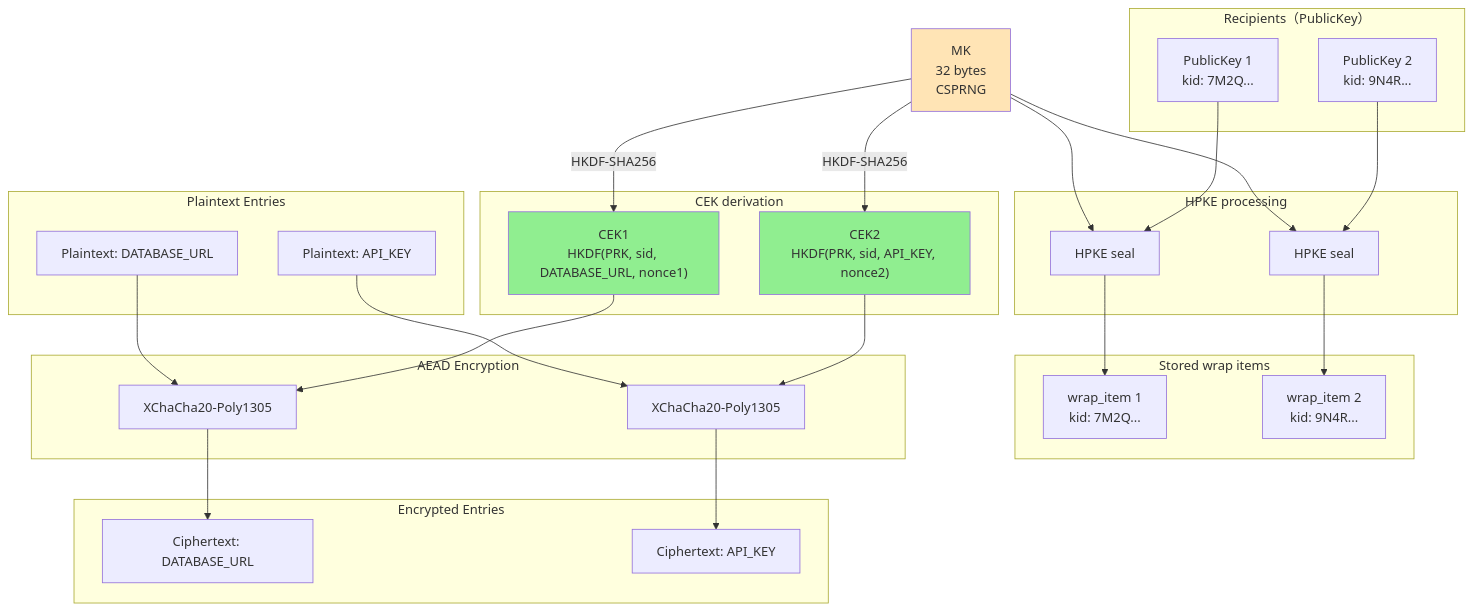
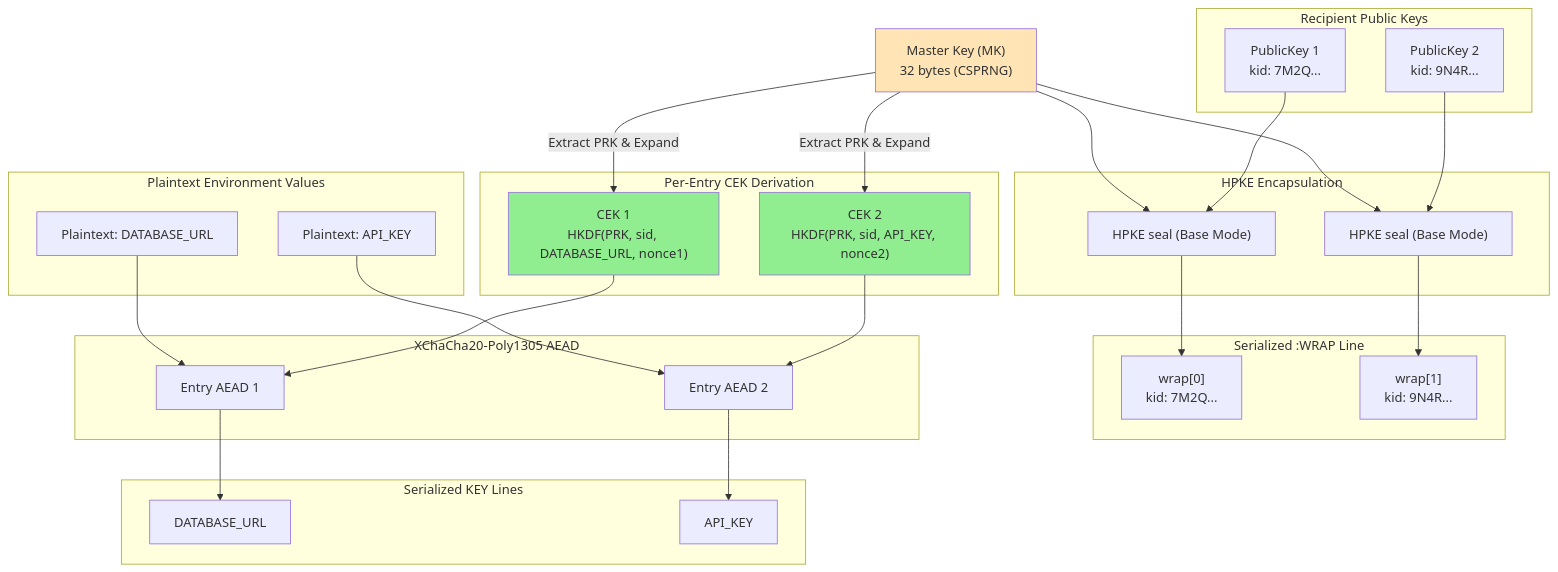
The fourth of 6 diagrams in guides/security_design_en.md (ebisawa/kapsaro), drawn with Mermaid before and after one commit. The commit also changed other lines of this file and 12 other files, not shown here.

````diff
--- a/guides/security_design_en.md
+++ b/guides/security_design_en.md
@@ -773,58 +968,58 @@
 ```mermaid
 graph TB
-    subgraph recipients["Recipients（PublicKey）"]
+    subgraph recipients["Recipient Public Keys"]
         PK1["PublicKey 1<br/>kid: 7M2Q..."]
         PK2["PublicKey 2<br/>kid: 9N4R..."]
     end
 
-    subgraph hpke["HPKE processing"]
-        HPKE1[HPKE seal]
-        HPKE2[HPKE seal]
+    subgraph hpke["HPKE Encapsulation"]
+        HPKE1["HPKE seal (Base Mode)"]
+        HPKE2["HPKE seal (Base Mode)"]
     end
 
-    subgraph wrap["Stored wrap items"]
-        W1["wrap_item 1<br/>kid: 7M2Q..."]
-        W2["wrap_item 2<br/>kid: 9N4R..."]
+    subgraph wrap["Serialized :WRAP Line"]
+        W1["wrap[0]<br/>kid: 7M2Q..."]
+        W2["wrap[1]<br/>kid: 9N4R..."]
     end
 
-    MK["MK<br/>32 bytes<br/>CSPRNG"]
+    MK["Master Key (MK)<br/>32 bytes (CSPRNG)"]
 
-    subgraph cek["CEK derivation"]
-        CEK1["CEK1<br/>HKDF(PRK, sid, DATABASE_URL, nonce1)"]
-        CEK2["CEK2<br/>HKDF(PRK, sid, API_KEY, nonce2)"]
+    subgraph cek["Per-Entry CEK Derivation"]
+        CEK1["CEK 1<br/>HKDF(PRK, sid, DATABASE_URL, nonce1)"]
+        CEK2["CEK 2<br/>HKDF(PRK, sid, API_KEY, nonce2)"]
     end
 
-    subgraph p_entries["Plaintext Entries"]
+    subgraph p_entries["Plaintext Environment Values"]
         PE1["Plaintext: DATABASE_URL"]
         PE2["Plaintext: API_KEY"]
     end
 
-    subgraph aead["AEAD Encryption"]
-        AEAD1["XChaCha20-Poly1305"]
-        AEAD2["XChaCha20-Poly1305"]
+    subgraph aead["XChaCha20-Poly1305 AEAD"]
+        AEAD1["Entry AEAD 1"]
+        AEAD2["Entry AEAD 2"]
     end
 
-    subgraph entries["Encrypted Entries"]
-        E1["Ciphertext: DATABASE_URL"]
-        E2["Ciphertext: API_KEY"]
+    subgraph entries["Serialized KEY Lines"]
+        E1["DATABASE_URL <token1>"]
+        E2["API_KEY <token2>"]
     end
 
     PK1 --> HPKE1
     MK --> HPKE1
     HPKE1 --> W1
     PK2 --> HPKE2
     MK --> HPKE2
     HPKE2 --> W2
-    MK -->|HKDF-SHA256| CEK1
-    MK -->|HKDF-SHA256| CEK2
+    MK -->|"Extract PRK & Expand"| CEK1
+    MK -->|"Extract PRK & Expand"| CEK2
     CEK1 --> AEAD1
     PE1 --> AEAD1
     AEAD1 --> E1
     CEK2 --> AEAD2
     PE2 --> AEAD2
     AEAD2 --> E2
 
     style MK fill:#FFE4B5
     style CEK1 fill:#90EE90
     style CEK2 fill:#90EE90
 ```
````
